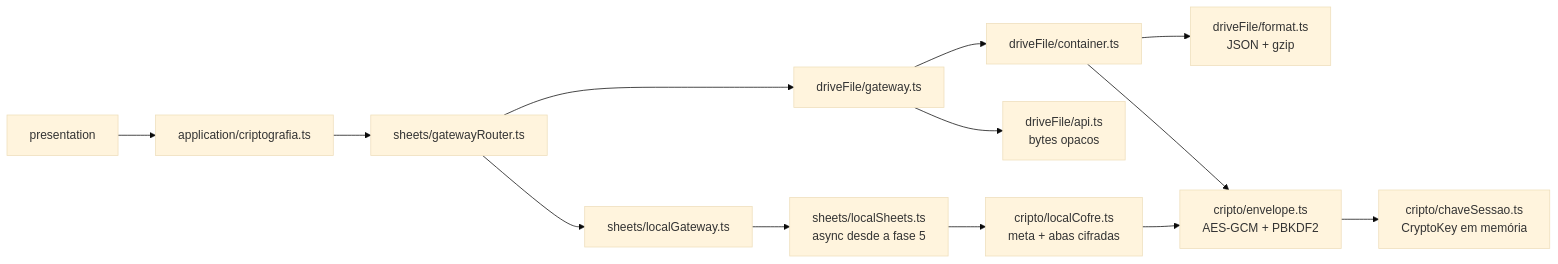
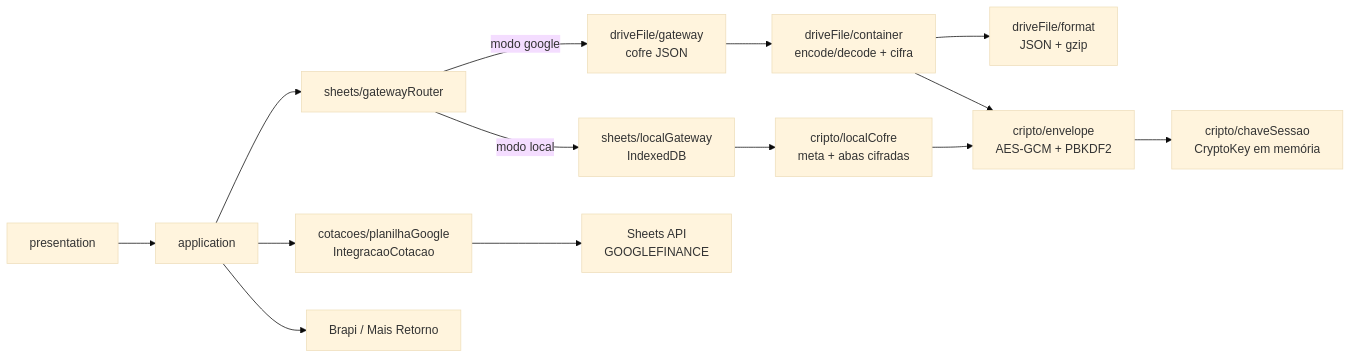
Before and after one commit to girotodenis/renda: the first of 2 diagrams in PLANO_CRIPTOGRAFIA.md, drawn with Mermaid (base theme). The commit also changed other lines of this file and 1 other file, not shown here.

````diff
--- a/PLANO_CRIPTOGRAFIA.md
+++ b/PLANO_CRIPTOGRAFIA.md
@@ -280,15 +25,16 @@
 ```mermaid
 flowchart LR
-  UI[presentation] --> APP[application/criptografia.ts]
-  APP --> ROUTER[sheets/gatewayRouter.ts]
-  ROUTER --> GW[driveFile/gateway.ts]
-  GW --> CONT[driveFile/container.ts]
-  CONT --> FMT[driveFile/format.ts<br/>JSON + gzip]
-  CONT --> CRIPTO[cripto/envelope.ts<br/>AES-GCM + PBKDF2]
-  CRIPTO --> SESS[cripto/chaveSessao.ts<br/>CryptoKey em memória]
-  GW --> API[driveFile/api.ts<br/>bytes opacos]
-  ROUTER --> LOCAL[sheets/localGateway.ts]
-  LOCAL --> LS[sheets/localSheets.ts<br/>async desde a fase 5]
-  LS --> COFRE[cripto/localCofre.ts<br/>meta + abas cifradas]
+  UI[presentation] --> APP[application]
+  APP --> ROUTER[sheets/gatewayRouter]
+  ROUTER -->|modo local| LOCAL[sheets/localGateway<br/>IndexedDB]
+  ROUTER -->|modo google| JSON[driveFile/gateway<br/>cofre JSON]
+  JSON --> CONT[driveFile/container<br/>encode/decode + cifra]
+  CONT --> FMT[driveFile/format<br/>JSON + gzip]
+  CONT --> CRIPTO[cripto/envelope<br/>AES-GCM + PBKDF2]
+  CRIPTO --> SESS[cripto/chaveSessao<br/>CryptoKey em memória]
+  LOCAL --> COFRE[cripto/localCofre<br/>meta + abas cifradas]
   COFRE --> CRIPTO
+  APP --> COT[cotacoes/planilhaGoogle<br/>IntegracaoCotacao]
+  COT --> API[Sheets API<br/>GOOGLEFINANCE]
+  APP --> APIS[Brapi / Mais Retorno]
 ```
````
